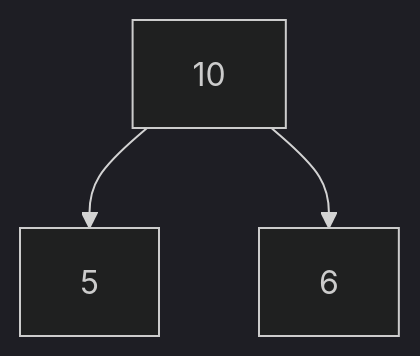
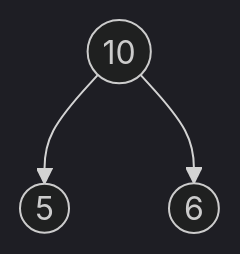
The seventh of 15 diagrams in cst/6binnode/Ex6a2binnode.md (3strategy/BeautifulMivney), drawn with Mermaid (dark theme) before and after one commit. The commit also changed other lines of this file and 3 other files, not shown here.

````diff
--- a/cst/6binnode/Ex6a2binnode.md
+++ b/cst/6binnode/Ex6a2binnode.md
@@ -127,5 +127,5 @@
     ```mermaid
     flowchart TB
-      A[10] --> B[5]:::leaf
-      A --> C[6]:::leaf
+      A((10)) --> B((5)):::leaf
+      A --> C((6)):::leaf
     ```
````
